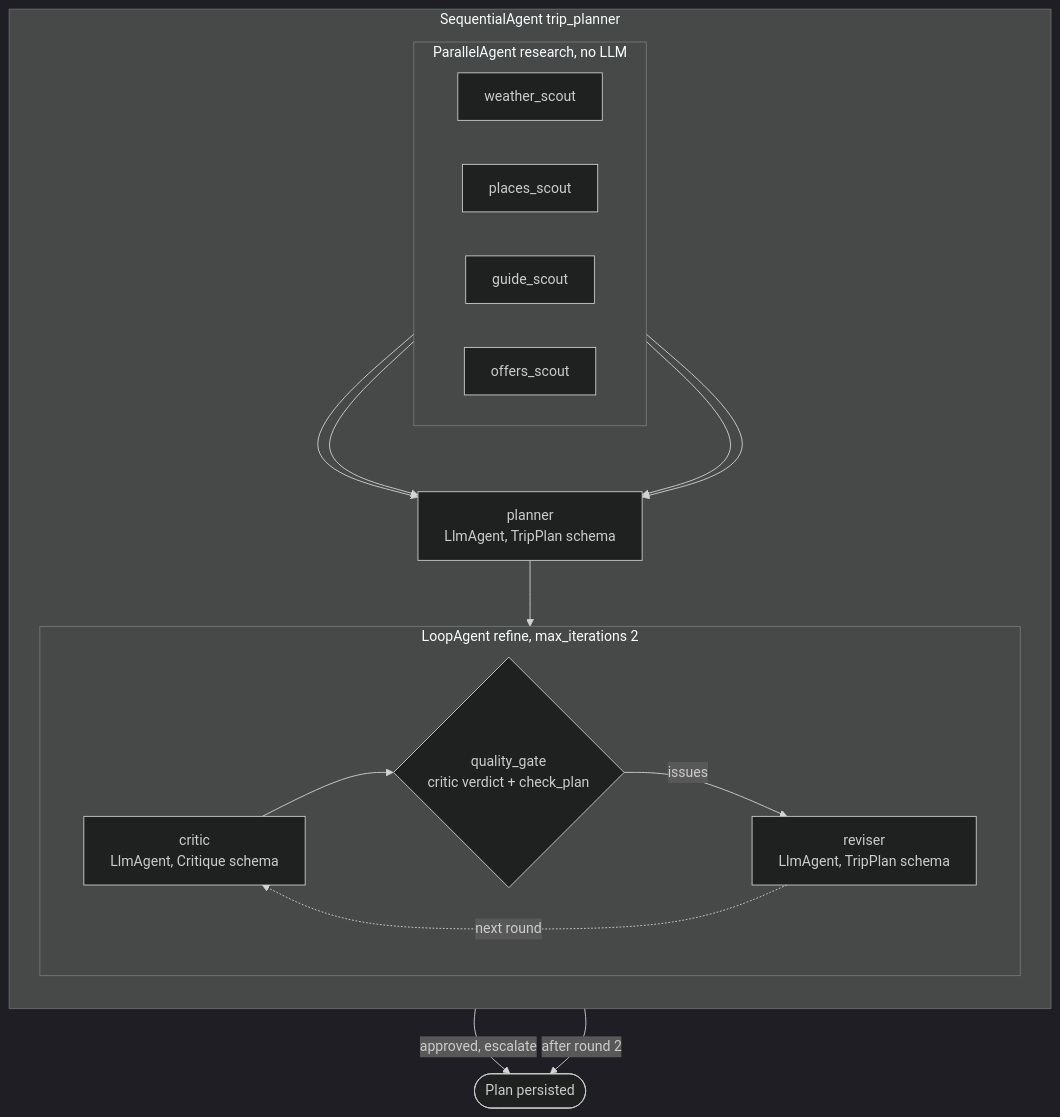
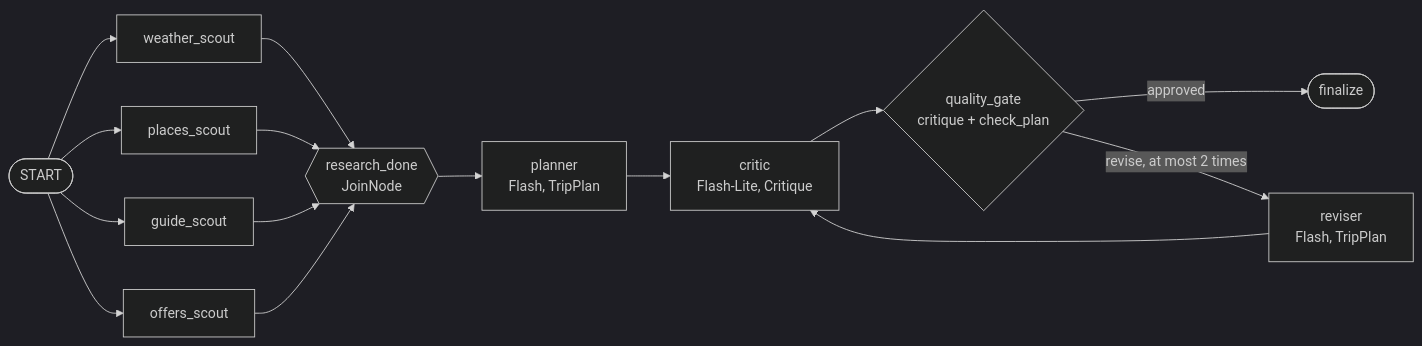
Before and after one commit to fuseai-fellowship/Travya---Agentic-AI-Powered-Travel-Companion: the first of 3 diagrams in docs/architecture/agents.md, drawn with Mermaid (dark theme). The commit also changed other lines of this file and 8 other files, not shown here.

Commit message:
docs: describe the ADK Workflow graph, model fallback and timeouts

````diff
--- a/docs/architecture/agents.md
+++ b/docs/architecture/agents.md
@@ -15,28 +18,23 @@
 ```mermaid
-flowchart TB
-    subgraph trip_planner["SequentialAgent trip_planner"]
-        direction TB
-        subgraph research["ParallelAgent research, no LLM"]
-            direction LR
-            weather["weather_scout"]
-            places["places_scout"]
-            guide["guide_scout"]
-            offers["offers_scout"]
-        end
-        planner["planner<br/>LlmAgent, TripPlan schema"]
-        subgraph refine["LoopAgent refine, max_iterations 2"]
-            direction LR
-            critic["critic<br/>LlmAgent, Critique schema"]
-            gate{"quality_gate<br/>critic verdict + check_plan"}
-            reviser["reviser<br/>LlmAgent, TripPlan schema"]
-        end
-    end
+flowchart LR
+    start(["START"])
+    weather["weather_scout"]
+    places["places_scout"]
+    guide["guide_scout"]
+    offers["offers_scout"]
+    join{{"research_done<br/>JoinNode"}}
+    planner["planner<br/>Flash, TripPlan"]
+    critic["critic<br/>Flash-Lite, Critique"]
+    gate{"quality_gate<br/>critique + check_plan"}
+    reviser["reviser<br/>Flash, TripPlan"]
+    finalize(["finalize"])
 
-    weather & places & guide & offers --> planner
+    start --> weather & places & guide & offers
+    weather & places & guide & offers --> join
+    join --> planner
     planner --> critic
     critic --> gate
-    gate -- "issues" --> reviser
-    reviser -. "next round" .-> critic
-    gate -- "approved, escalate" --> saved(["Plan persisted"])
-    reviser -- "after round 2" --> saved
+    gate -- "approved" --> finalize
+    gate -- "revise, at most 2 times" --> reviser
+    reviser --> critic
 ```
````
